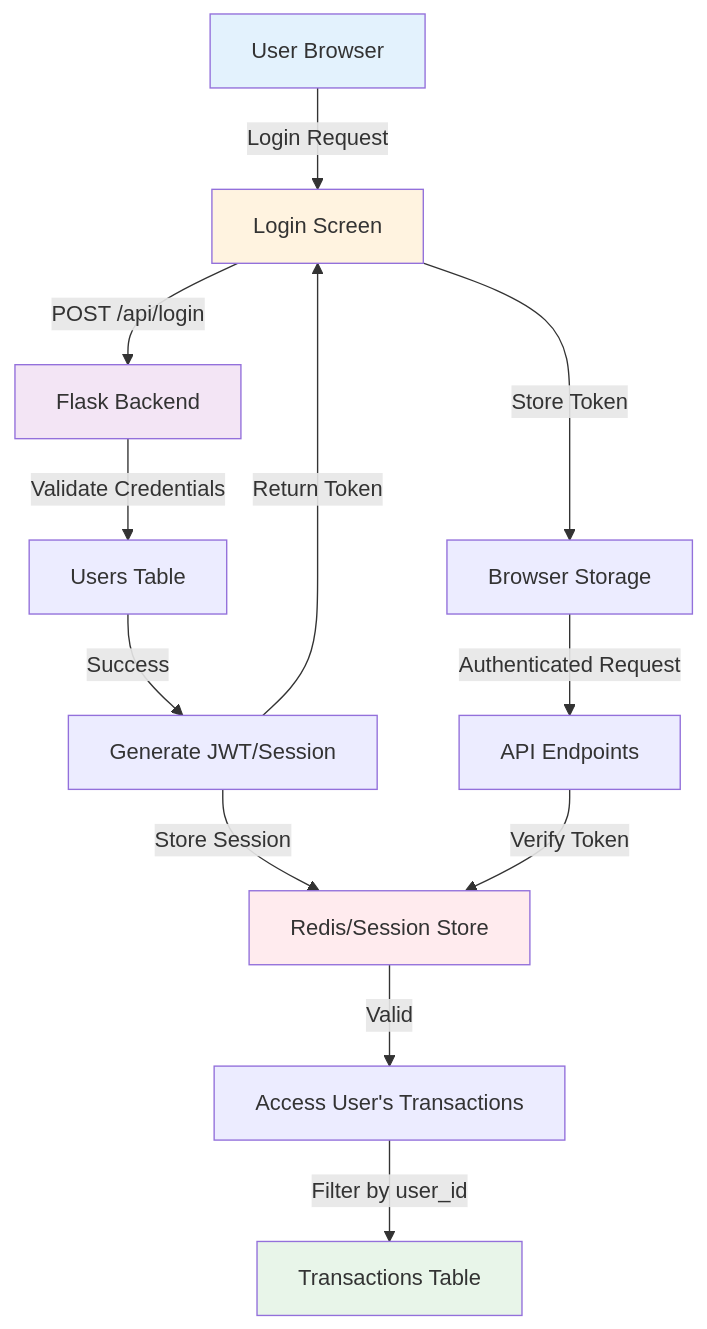
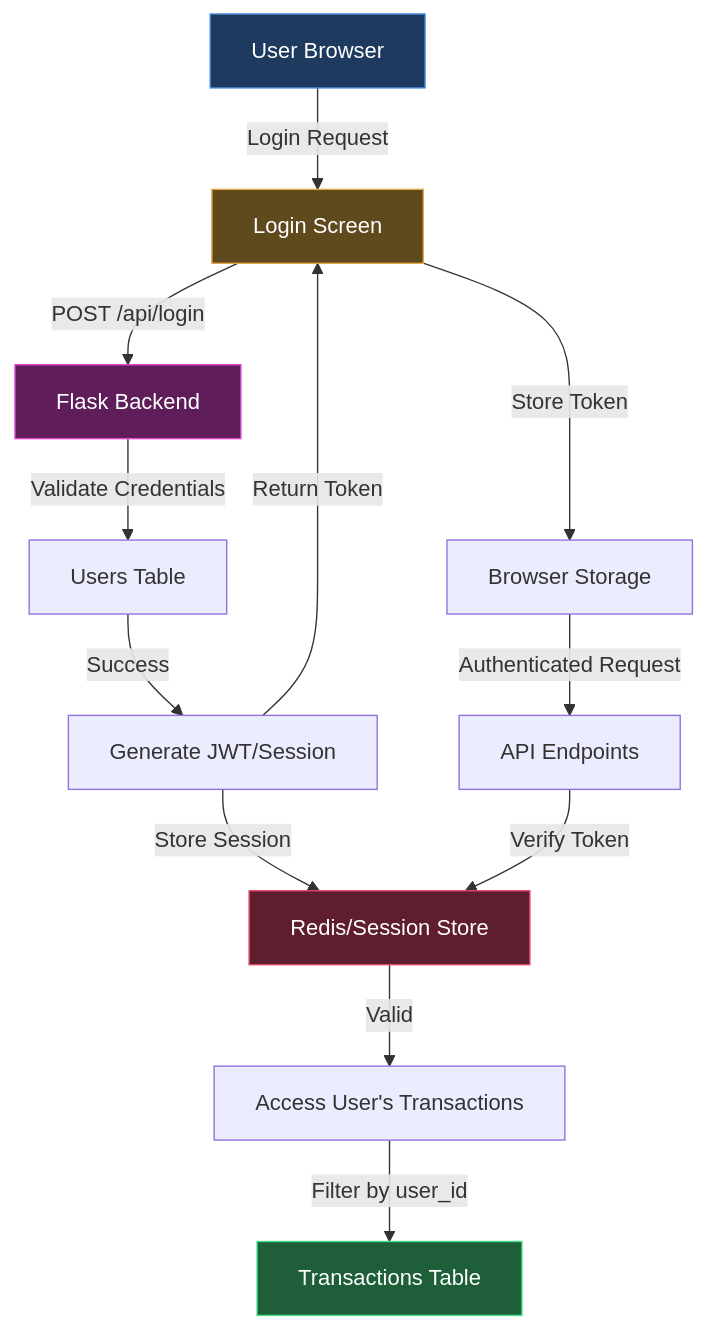
Before and after one commit to FjeldMats/FinanceLog: the sixth of 7 diagrams in README.md, drawn with Mermaid. The commit also changed other lines of this file, not shown here.

First line of the commit message:
UI: Fix Mermaid diagrams for dark mode readability

````diff
--- a/README.md
+++ b/README.md
@@ -333,21 +333,21 @@
 ```mermaid
 graph TB
     A[User Browser] -->|Login Request| B[Login Screen]
     B -->|POST /api/login| C[Flask Backend]
     C -->|Validate Credentials| D[Users Table]
     D -->|Success| E[Generate JWT/Session]
     E -->|Store Session| F[Redis/Session Store]
     E -->|Return Token| B
     B -->|Store Token| G[Browser Storage]
 
     G -->|Authenticated Request| H[API Endpoints]
     H -->|Verify Token| F
     F -->|Valid| I[Access User's Transactions]
     I -->|Filter by user_id| J[Transactions Table]
 
-    style A fill:#e3f2fd
-    style B fill:#fff3e0
-    style C fill:#f3e5f5
-    style F fill:#ffebee
-    style J fill:#e8f5e9
+    style A fill:#1e3a5f,stroke:#4a90e2,color:#fff
+    style B fill:#5f4a1e,stroke:#e2a84a,color:#fff
+    style C fill:#5f1e5a,stroke:#e24ad4,color:#fff
+    style F fill:#5f1e2e,stroke:#e24a6a,color:#fff
+    style J fill:#1e5f3a,stroke:#4ae28a,color:#fff
 ```
````
